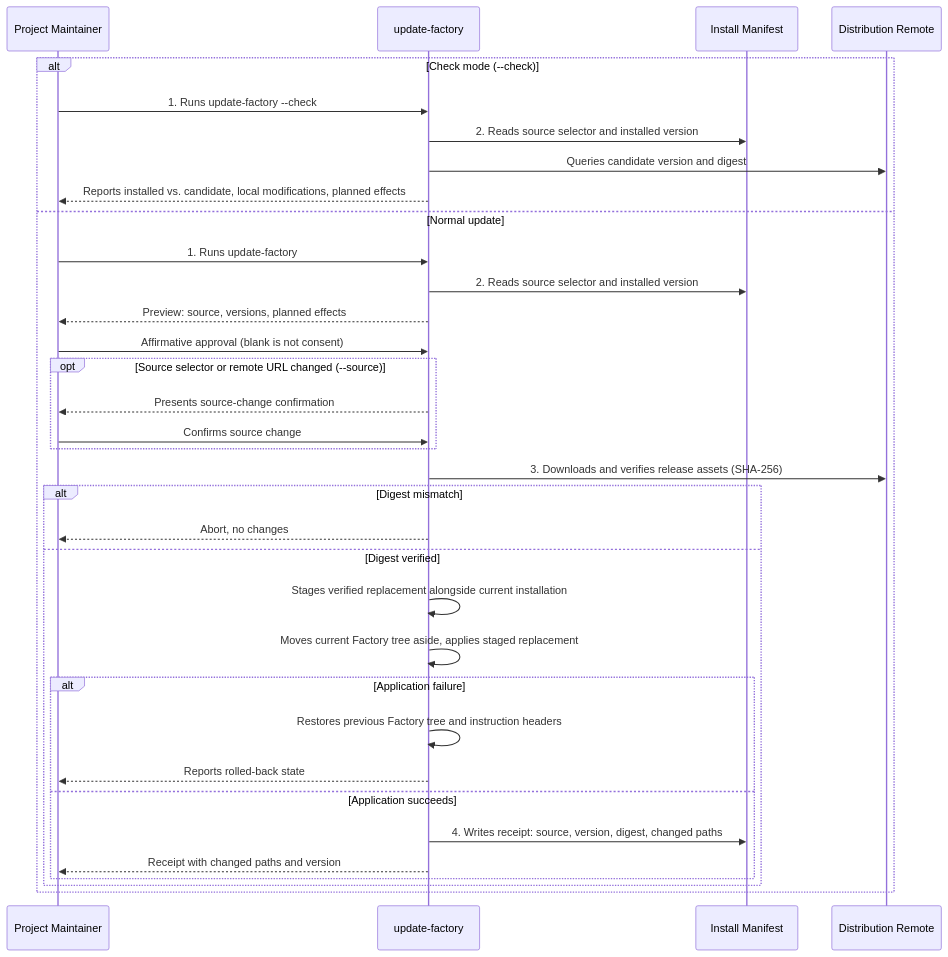
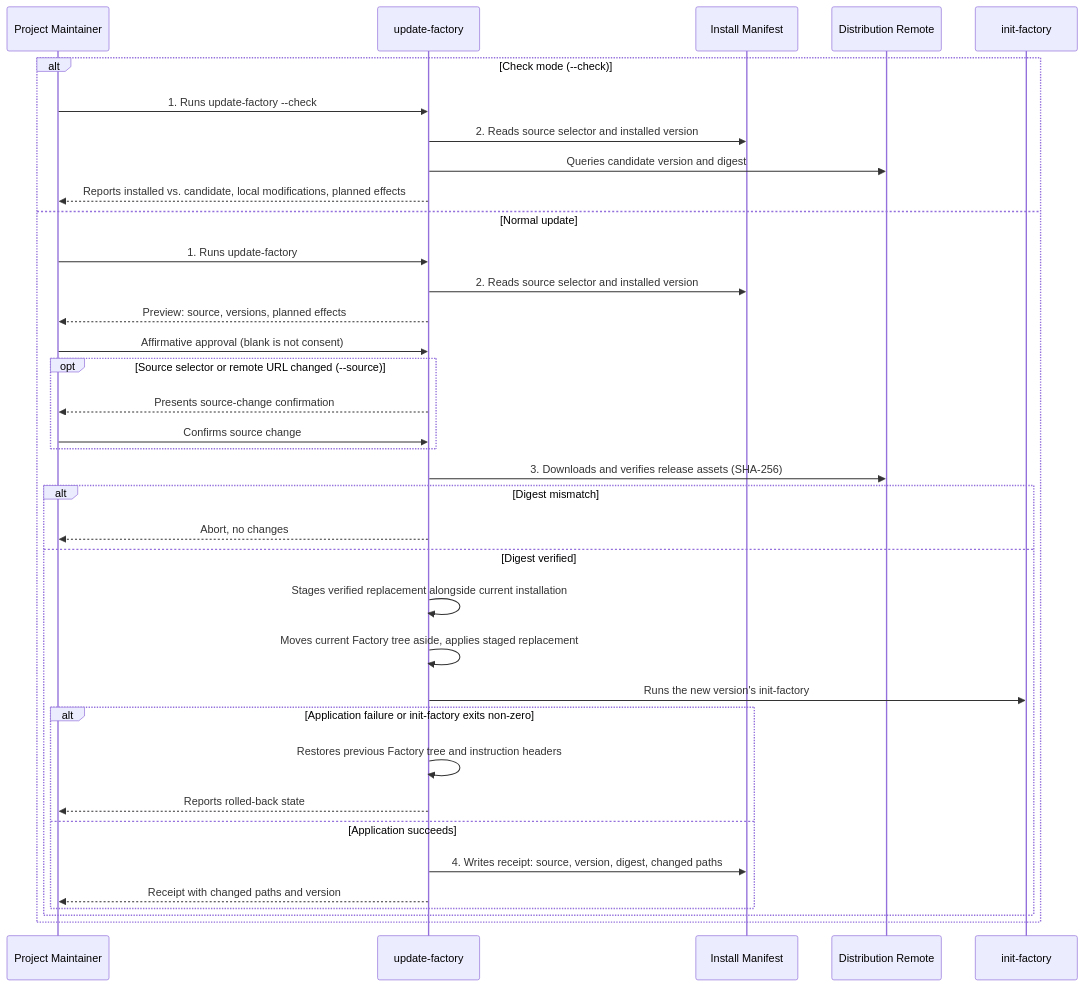
One commit to matthiasdaues/agent_factory changed diagram 17 of 19 in docs/arc42/06_runtime_view.md. Above: the diagram before and after it, drawn with Mermaid. The commit also changed other lines of this file and 33 other files, not shown here.

First line of the commit message:
docs: add the architecture for the core artifact layout

````diff
--- a/docs/arc42/06_runtime_view.md
+++ b/docs/arc42/06_runtime_view.md
@@ -537,37 +537,39 @@
 ```mermaid
 sequenceDiagram
     participant M as Project Maintainer
     participant UF as update-factory
     participant IM as Install Manifest
     participant DR as Distribution Remote
+    participant IF as init-factory
 
     alt Check mode (--check)
         M->>UF: 1. Runs update-factory --check
         UF->>IM: 2. Reads source selector and installed version
         UF->>DR: Queries candidate version and digest
         UF-->>M: Reports installed vs. candidate, local modifications, planned effects
     else Normal update
         M->>UF: 1. Runs update-factory
         UF->>IM: 2. Reads source selector and installed version
         UF-->>M: Preview: source, versions, planned effects
         M->>UF: Affirmative approval (blank is not consent)
         opt Source selector or remote URL changed (--source)
             UF-->>M: Presents source-change confirmation
             M->>UF: Confirms source change
         end
         UF->>DR: 3. Downloads and verifies release assets (SHA-256)
         alt Digest mismatch
             UF-->>M: Abort, no changes
         else Digest verified
             UF->>UF: Stages verified replacement alongside current installation
             UF->>UF: Moves current Factory tree aside, applies staged replacement
-            alt Application failure
+            UF->>IF: Runs the new version's init-factory
+            alt Application failure or init-factory exits non-zero
                 UF->>UF: Restores previous Factory tree and instruction headers
                 UF-->>M: Reports rolled-back state
             else Application succeeds
                 UF->>IM: 4. Writes receipt: source, version, digest, changed paths
                 UF-->>M: Receipt with changed paths and version
             end
         end
     end
 ```
````
